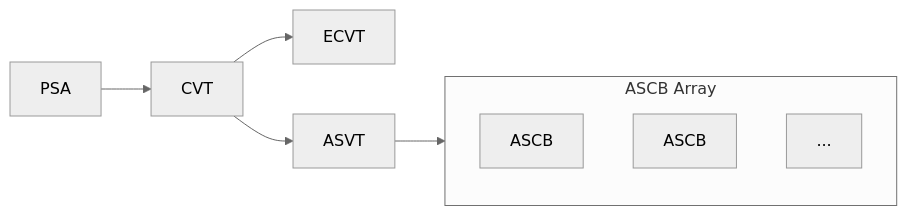
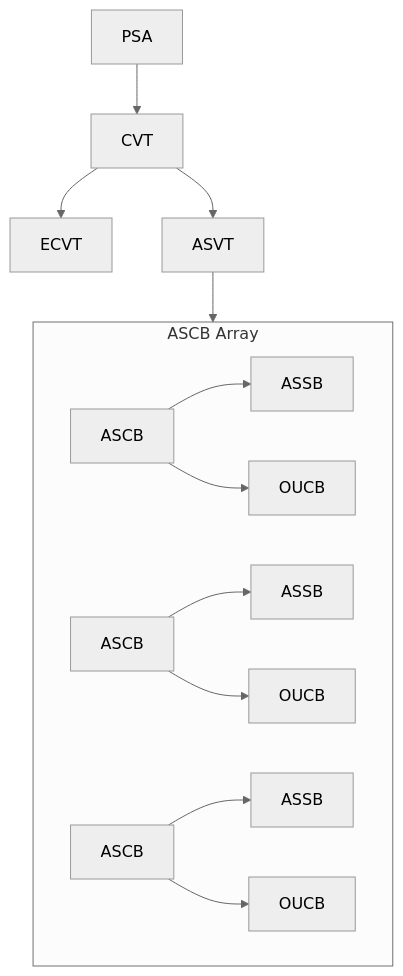
One commit to ambitus/cbxp changed the diagram in supported_control_blocks.md. Above: the diagram before and after it, drawn with Mermaid (neutral theme). The commit also changed other lines of this file and 10 other files, not shown here.

```diff
--- a/supported_control_blocks.md
+++ b/supported_control_blocks.md
@@ -34,13 +37,19 @@
 <pre class="mermaid">
-  flowchart LR
+  flowchart TD
     PSA
     PSA--> CVT
     CVT--> ECVT
     CVT--> ASVT
     ASVT--> ASCBs
     subgraph ASCBs["ASCB Array"]
         ASCB1["ASCB"]
+        ASCB1--> ASSB1["ASSB"]
+        ASCB1--> OUCB1["OUCB"]
         ASCB2["ASCB"]
-        ASCB3["..."]
+        ASCB2--> ASSB2["ASSB"]
+        ASCB2--> OUCB2["OUCB"]
+        ASCB3["ASCB"]
+        ASCB3--> ASSB3["ASSB"]
+        ASCB3--> OUCB3["OUCB"]
     end
 </pre>
```
